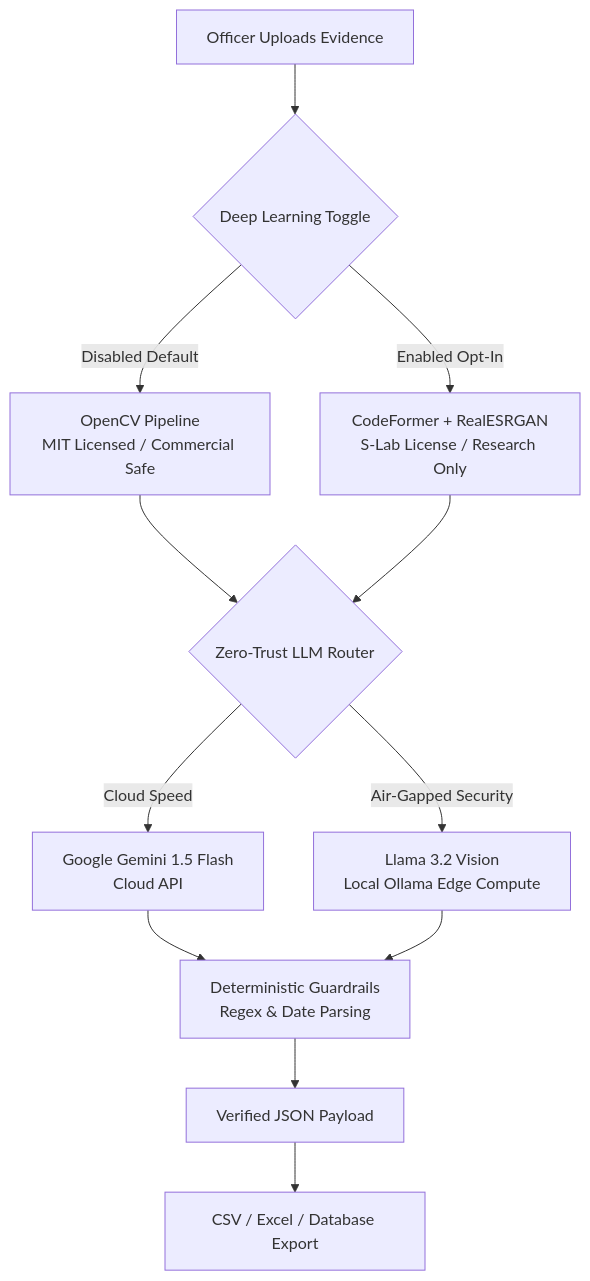
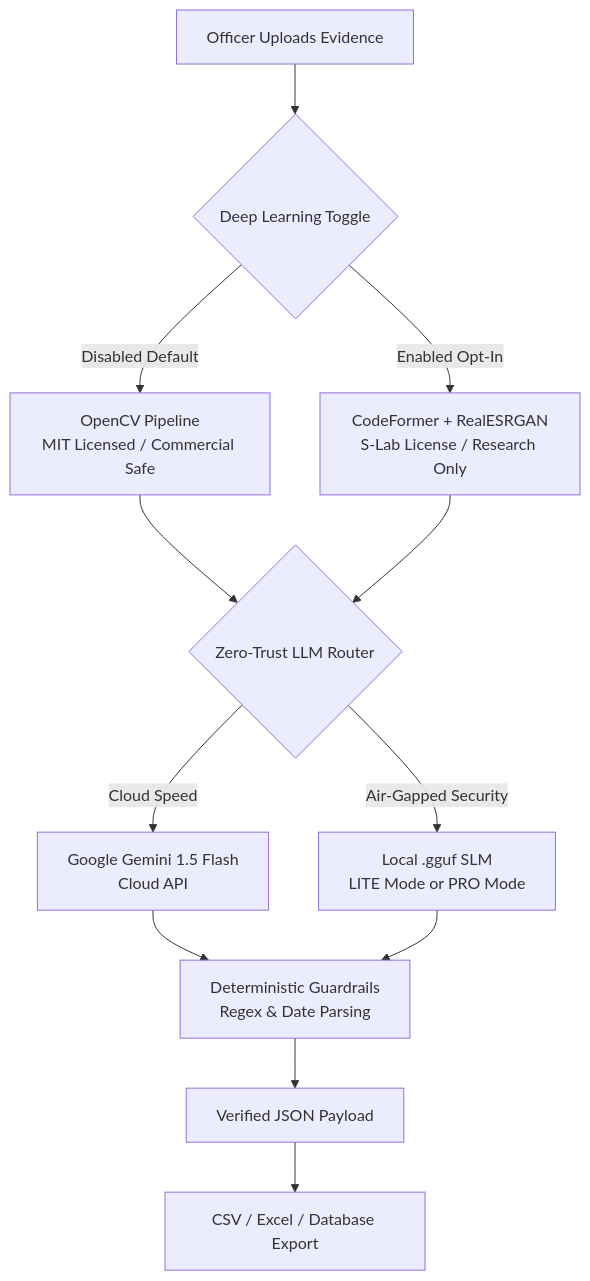
One commit to GorangSinghal/PoliceForensicsAI changed the diagram in README.md. Above: the diagram before and after it, drawn with Mermaid. The commit also changed other lines of this file and 4 other files, not shown here.

Commit message:
docs: finalize dynamic .gguf architecture and document Real-ESRGAN failure analysis

````diff
--- a/README.md
+++ b/README.md
@@ -24,22 +24,22 @@
 ```mermaid
 graph TD
     A[Officer Uploads Evidence] --> B{Deep Learning Toggle}
     
     %% Dual Licensing Routing
     B -->|Disabled Default| C["OpenCV Pipeline<br/>MIT Licensed / Commercial Safe"]
     B -->|Enabled Opt-In| D["CodeFormer + RealESRGAN<br/>S-Lab License / Research Only"]
     
     C --> E{Zero-Trust LLM Router}
     D --> E
     
     %% LLM Routing
     E -->|Cloud Speed| F["Google Gemini 1.5 Flash<br/>Cloud API"]
-    E -->|Air-Gapped Security| G["Llama 3.2 Vision<br/>Local Ollama Edge Compute"]
+    E -->|Air-Gapped Security| G["Local .gguf SLM<br/>LITE Mode or PRO Mode"]
     
     %% Guardrails
     F --> H["Deterministic Guardrails<br/>Regex & Date Parsing"]
     G --> H
     
     H --> I[Verified JSON Payload]
     I --> J["CSV / Excel / Database Export"]
 ```
````
